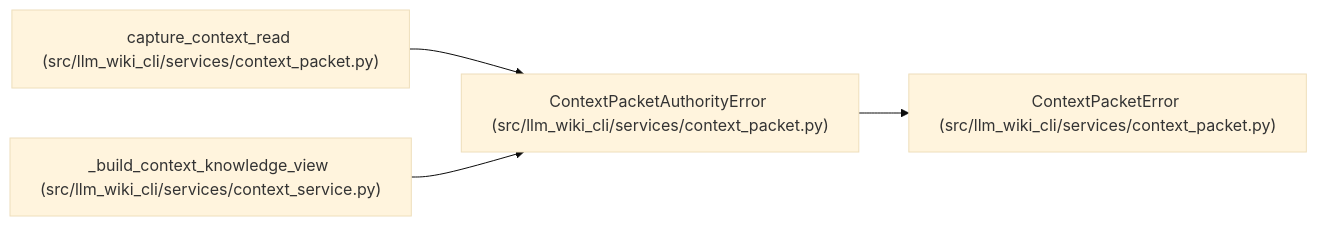
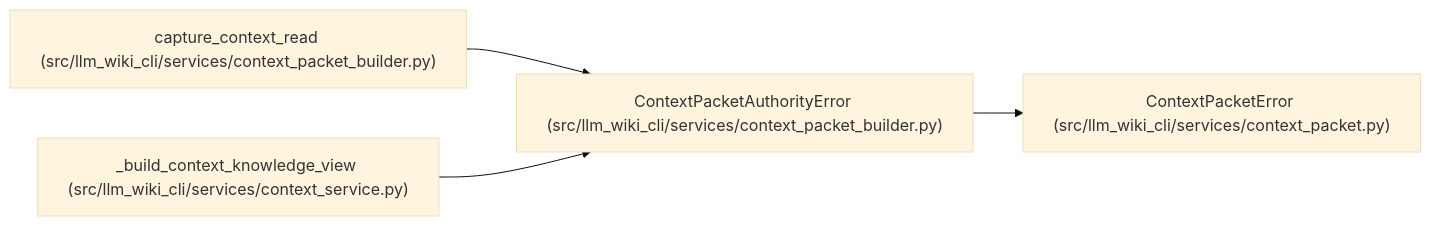
One commit to Denissvgn/python-wiki-llm changed the diagram in docs/llm_wiki/entities/ContextPacketAuthorityError.md. Above: the diagram before and after it, drawn with Mermaid (base theme). The commit also changed other lines of this file and 1555 other files, not shown here.

````diff
--- a/docs/llm_wiki/entities/ContextPacketAuthorityError.md
+++ b/docs/llm_wiki/entities/ContextPacketAuthorityError.md
@@ -27,14 +27,14 @@
 ```mermaid
 flowchart LR
-    n0["ContextPacketAuthorityError (src/llm_wiki_cli/services/context_packet.py)"]
+    n0["ContextPacketAuthorityError (src/llm_wiki_cli/services/context_packet_builder.py)"]
     n1["ContextPacketError (src/llm_wiki_cli/services/context_packet.py)"]
-    n2["capture_context_read (src/llm_wiki_cli/services/context_packet.py)"]
+    n2["capture_context_read (src/llm_wiki_cli/services/context_packet_builder.py)"]
     n3["_build_context_knowledge_view (src/llm_wiki_cli/services/context_service.py)"]
     n0 --> n1
     n2 --> n0
     n3 --> n0
-    click n0 "../modules/context_packet.md"
+    click n0 "../modules/context_packet_builder.md"
     click n1 "../modules/context_packet.md"
-    click n2 "../modules/context_packet.md"
+    click n2 "../modules/context_packet_builder.md"
     click n3 "../modules/context_service.md"
 ```
````
